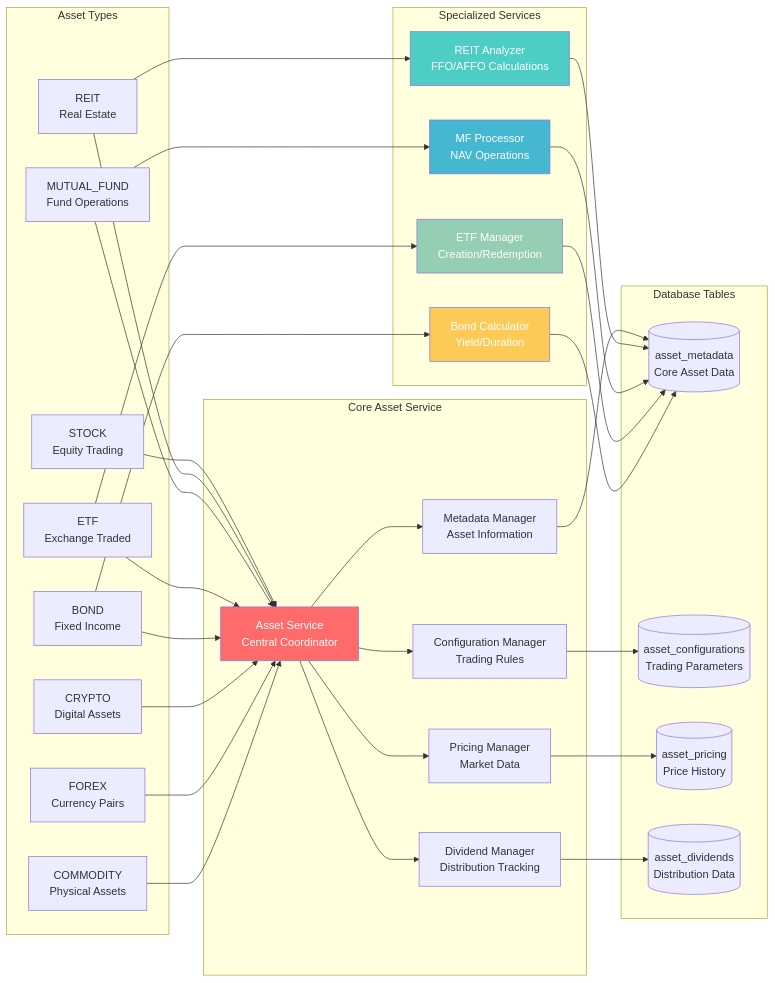
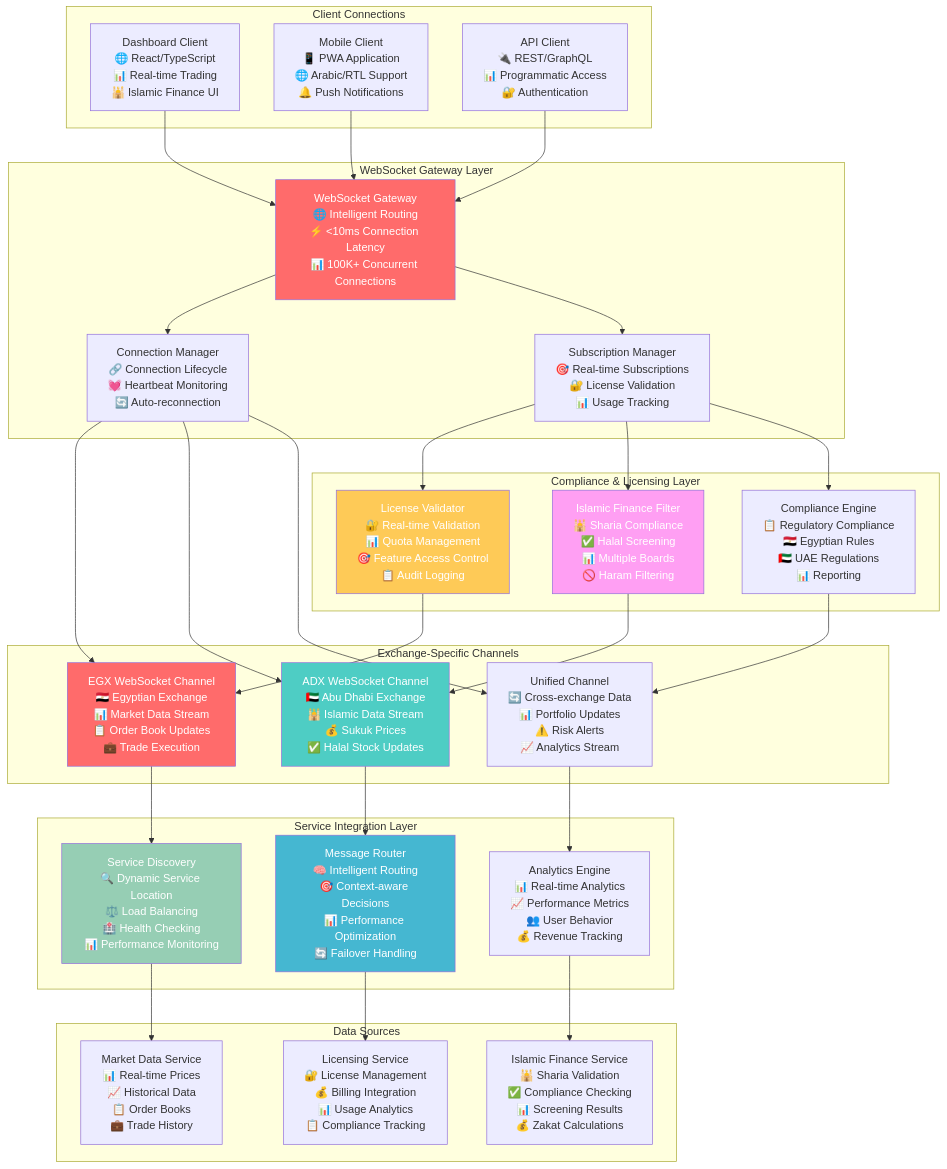
Before and after one commit to abdoElHodaky/tradSys: the second of 11 diagrams in diagrams.md, drawn with Mermaid. The commit also changed other lines of this file and 1 other file, not shown here.

````diff
--- a/diagrams.md
+++ b/diagrams.md
@@ -125,70 +130,81 @@
 ```mermaid
-graph LR
-    subgraph "Asset Types"
-        STOCK[STOCK<br/>Equity Trading]
-        REIT[REIT<br/>Real Estate]
-        MF[MUTUAL_FUND<br/>Fund Operations]
-        ETF[ETF<br/>Exchange Traded]
-        BOND[BOND<br/>Fixed Income]
-        CRYPTO[CRYPTO<br/>Digital Assets]
-        FOREX[FOREX<br/>Currency Pairs]
-        COMMODITY[COMMODITY<br/>Physical Assets]
+graph TB
+    subgraph "Client Connections"
+        DASHBOARD[Dashboard Client<br/>🌐 React/TypeScript<br/>📊 Real-time Trading<br/>🕌 Islamic Finance UI]
+        MOBILE[Mobile Client<br/>📱 PWA Application<br/>🌐 Arabic/RTL Support<br/>🔔 Push Notifications]
+        API[API Client<br/>🔌 REST/GraphQL<br/>📊 Programmatic Access<br/>🔐 Authentication]
     end
     
-    subgraph "Core Asset Service"
-        ASSET_SVC[Asset Service<br/>Central Coordinator]
-        METADATA[Metadata Manager<br/>Asset Information]
-        CONFIG[Configuration Manager<br/>Trading Rules]
-        PRICING[Pricing Manager<br/>Market Data]
-        DIVIDENDS[Dividend Manager<br/>Distribution Tracking]
+    subgraph "WebSocket Gateway Layer"
+        WS_GATEWAY[WebSocket Gateway<br/>🌐 Intelligent Routing<br/>⚡ <10ms Connection Latency<br/>📊 100K+ Concurrent Connections]
+        CONN_MGR[Connection Manager<br/>🔗 Connection Lifecycle<br/>💓 Heartbeat Monitoring<br/>🔄 Auto-reconnection]
+        SUB_MGR[Subscription Manager<br/>🎯 Real-time Subscriptions<br/>🔐 License Validation<br/>📊 Usage Tracking]
     end
     
-    subgraph "Specialized Services"
-        REIT_ANALYZER[REIT Analyzer<br/>FFO/AFFO Calculations]
-        MF_PROCESSOR[MF Processor<br/>NAV Operations]
-        ETF_MANAGER[ETF Manager<br/>Creation/Redemption]
-        BOND_CALCULATOR[Bond Calculator<br/>Yield/Duration]
+    subgraph "Exchange-Specific Channels"
+        EGX_CHANNEL[EGX WebSocket Channel<br/>🇪🇬 Egyptian Exchange<br/>📊 Market Data Stream<br/>📋 Order Book Updates<br/>💼 Trade Execution]
+        ADX_CHANNEL[ADX WebSocket Channel<br/>🇦🇪 Abu Dhabi Exchange<br/>🕌 Islamic Data Stream<br/>💰 Sukuk Prices<br/>✅ Halal Stock Updates]
+        UNIFIED_CHANNEL[Unified Channel<br/>🔄 Cross-exchange Data<br/>📊 Portfolio Updates<br/>⚠️ Risk Alerts<br/>📈 Analytics Stream]
     end
     
-    subgraph "Database Tables"
-        ASSET_META[(asset_metadata<br/>Core Asset Data)]
-        ASSET_CONFIG[(asset_configurations<br/>Trading Parameters)]
-        ASSET_PRICING[(asset_pricing<br/>Price History)]
-        ASSET_DIVIDENDS[(asset_dividends<br/>Distribution Data)]
+    subgraph "Compliance & Licensing Layer"
+        LICENSE_VALIDATOR[License Validator<br/>🔐 Real-time Validation<br/>📊 Quota Management<br/>🎯 Feature Access Control<br/>📋 Audit Logging]
+        ISLAMIC_FILTER[Islamic Finance Filter<br/>🕌 Sharia Compliance<br/>✅ Halal Screening<br/>📊 Multiple Boards<br/>🚫 Haram Filtering]
+        COMPLIANCE_ENGINE[Compliance Engine<br/>📋 Regulatory Compliance<br/>🇪🇬 Egyptian Rules<br/>🇦🇪 UAE Regulations<br/>📊 Reporting]
     end
     
-    STOCK --> ASSET_SVC
-    REIT --> ASSET_SVC
-    MF --> ASSET_SVC
-    ETF --> ASSET_SVC
-    BOND --> ASSET_SVC
-    CRYPTO --> ASSET_SVC
-    FOREX --> ASSET_SVC
-    COMMODITY --> ASSET_SVC
+    subgraph "Service Integration Layer"
+        SERVICE_DISCOVERY[Service Discovery<br/>🔍 Dynamic Service Location<br/>⚖️ Load Balancing<br/>🏥 Health Checking<br/>📊 Performance Monitoring]
+        MESSAGE_ROUTER[Message Router<br/>🧠 Intelligent Routing<br/>🎯 Context-aware Decisions<br/>📊 Performance Optimization<br/>🔄 Failover Handling]
+        ANALYTICS_ENGINE[Analytics Engine<br/>📊 Real-time Analytics<br/>📈 Performance Metrics<br/>👥 User Behavior<br/>💰 Revenue Tracking]
+    end
     
-    ASSET_SVC --> METADATA
-    ASSET_SVC --> CONFIG
-    ASSET_SVC --> PRICING
-    ASSET_SVC --> DIVIDENDS
+    subgraph "Data Sources"
+        MARKET_DATA_SVC[Market Data Service<br/>📊 Real-time Prices<br/>📈 Historical Data<br/>📋 Order Books<br/>💼 Trade History]
+        LICENSING_SVC[Licensing Service<br/>🔐 License Management<br/>💰 Billing Integration<br/>📊 Usage Analytics<br/>📋 Compliance Tracking]
+        ISLAMIC_SVC[Islamic Finance Service<br/>🕌 Sharia Validation<br/>✅ Compliance Checking<br/>📊 Screening Results<br/>💰 Zakat Calculations]
+    end
     
-    REIT --> REIT_ANALYZER
-    MF --> MF_PROCESSOR
-    ETF --> ETF_MANAGER
-    BOND --> BOND_CALCULATOR
+    %% Client to Gateway
+    DASHBOARD --> WS_GATEWAY
+    MOBILE --> WS_GATEWAY
+    API --> WS_GATEWAY
     
-    METADATA --> ASSET_META
-    CONFIG --> ASSET_CONFIG
-    PRICING --> ASSET_PRICING
-    DIVIDENDS --> ASSET_DIVIDENDS
+    %% Gateway Internal
+    WS_GATEWAY --> CONN_MGR
+    WS_GATEWAY --> SUB_MGR
     
-    REIT_ANALYZER --> ASSET_META
-    MF_PROCESSOR --> ASSET_META
-    ETF_MANAGER --> ASSET_META
-    BOND_CALCULATOR --> ASSET_META
+    %% Gateway to Channels
+    CONN_MGR --> EGX_CHANNEL
+    CONN_MGR --> ADX_CHANNEL
+    CONN_MGR --> UNIFIED_CHANNEL
     
-    style ASSET_SVC fill:#FF6B6B,color:#fff
-    style REIT_ANALYZER fill:#4ECDC4,color:#fff
-    style MF_PROCESSOR fill:#45B7D1,color:#fff
-    style ETF_MANAGER fill:#96CEB4,color:#fff
-    style BOND_CALCULATOR fill:#FECA57,color:#fff
+    %% Subscription Management
+    SUB_MGR --> LICENSE_VALIDATOR
+    SUB_MGR --> ISLAMIC_FILTER
+    SUB_MGR --> COMPLIANCE_ENGINE
+    
+    %% Compliance to Channels
+    LICENSE_VALIDATOR --> EGX_CHANNEL
+    ISLAMIC_FILTER --> ADX_CHANNEL
+    COMPLIANCE_ENGINE --> UNIFIED_CHANNEL
+    
+    %% Service Integration
+    EGX_CHANNEL --> SERVICE_DISCOVERY
+    ADX_CHANNEL --> MESSAGE_ROUTER
+    UNIFIED_CHANNEL --> ANALYTICS_ENGINE
+    
+    %% Data Sources
+    SERVICE_DISCOVERY --> MARKET_DATA_SVC
+    MESSAGE_ROUTER --> LICENSING_SVC
+    ANALYTICS_ENGINE --> ISLAMIC_SVC
+    
+    %% Styling
+    style WS_GATEWAY fill:#FF6B6B,color:#fff
+    style EGX_CHANNEL fill:#FF6B6B,color:#fff
+    style ADX_CHANNEL fill:#4ECDC4,color:#fff
+    style LICENSE_VALIDATOR fill:#FECA57,color:#fff
+    style ISLAMIC_FILTER fill:#FF9FF3,color:#fff
+    style SERVICE_DISCOVERY fill:#96CEB4,color:#fff
+    style MESSAGE_ROUTER fill:#45B7D1,color:#fff
 ```
````
